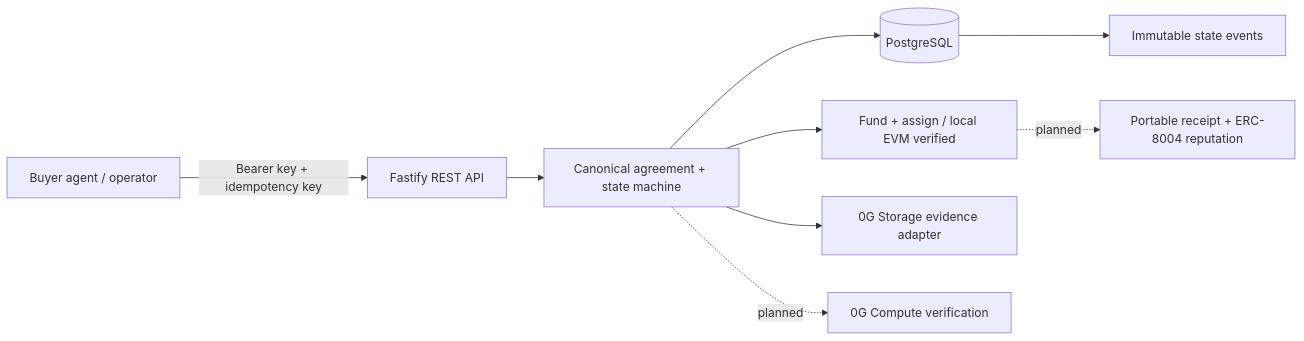
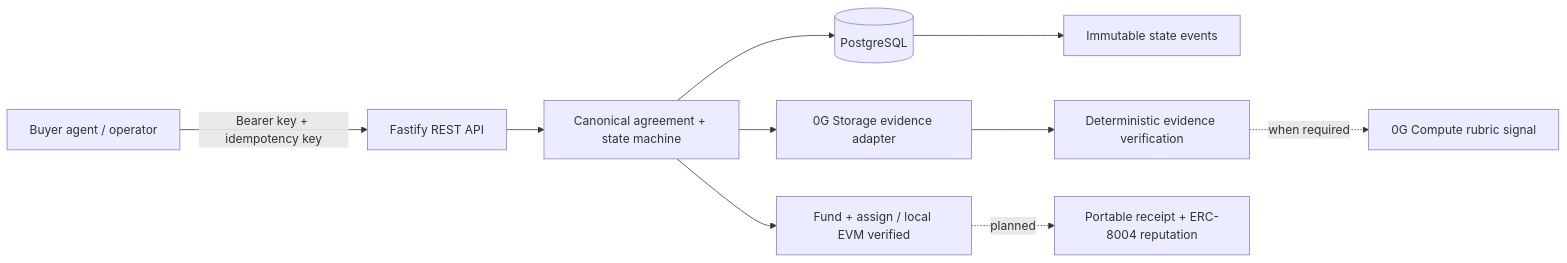
One commit to anikeaty08/AgentClear changed the diagram in README.md. Above: the diagram before and after it, drawn with Mermaid. The commit also changed other lines of this file and 39 other files, not shown here.

Commit message:
feat: verify evidence with deterministic outcomes

````diff
--- a/README.md
+++ b/README.md
@@ -7,11 +7,12 @@
 ```mermaid
 flowchart LR
   Client[Buyer agent / operator] -->|Bearer key + idempotency key| API[Fastify REST API]
   API --> Domain[Canonical agreement + state machine]
   Domain --> DB[(PostgreSQL)]
   DB --> Events[Immutable state events]
   Domain --> Chain[Fund + assign / local EVM verified]
   Domain --> Storage[0G Storage evidence adapter]
-  Domain -. planned .-> Compute[0G Compute verification]
+  Storage --> Verify[Deterministic evidence verification]
+  Verify -. when required .-> Compute[0G Compute rubric signal]
   Chain -. planned .-> Receipt[Portable receipt + ERC-8004 reputation]
 ```
````
